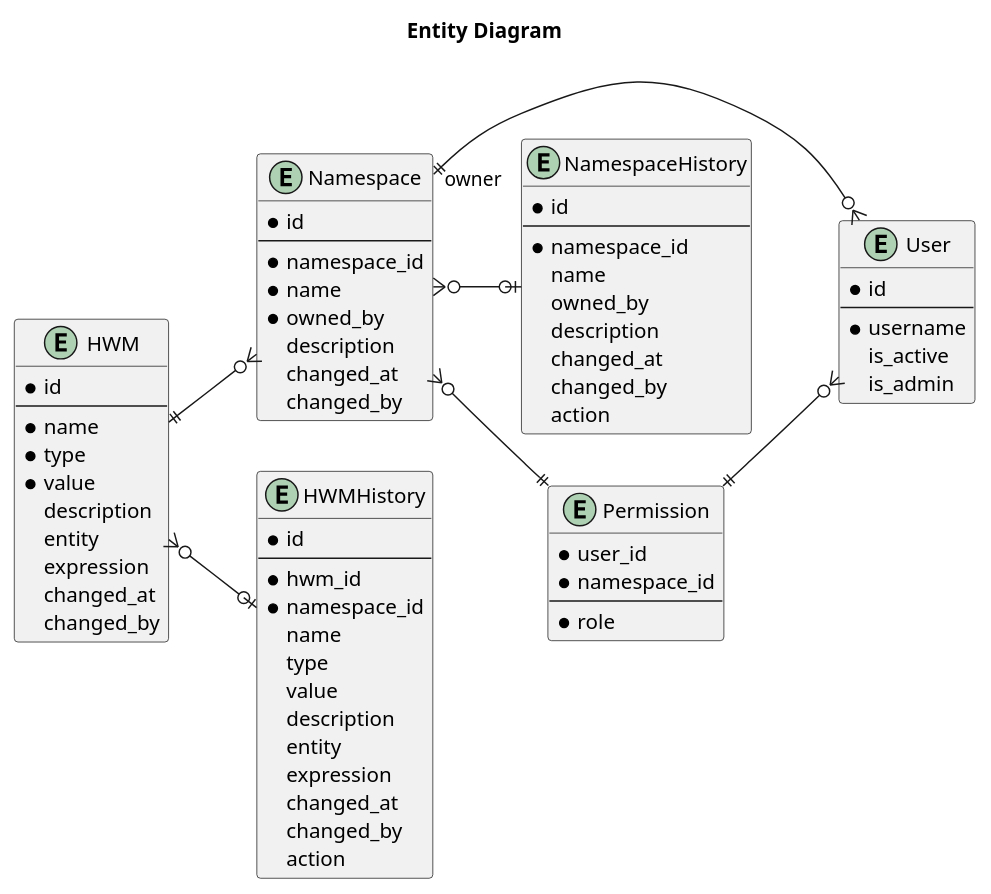
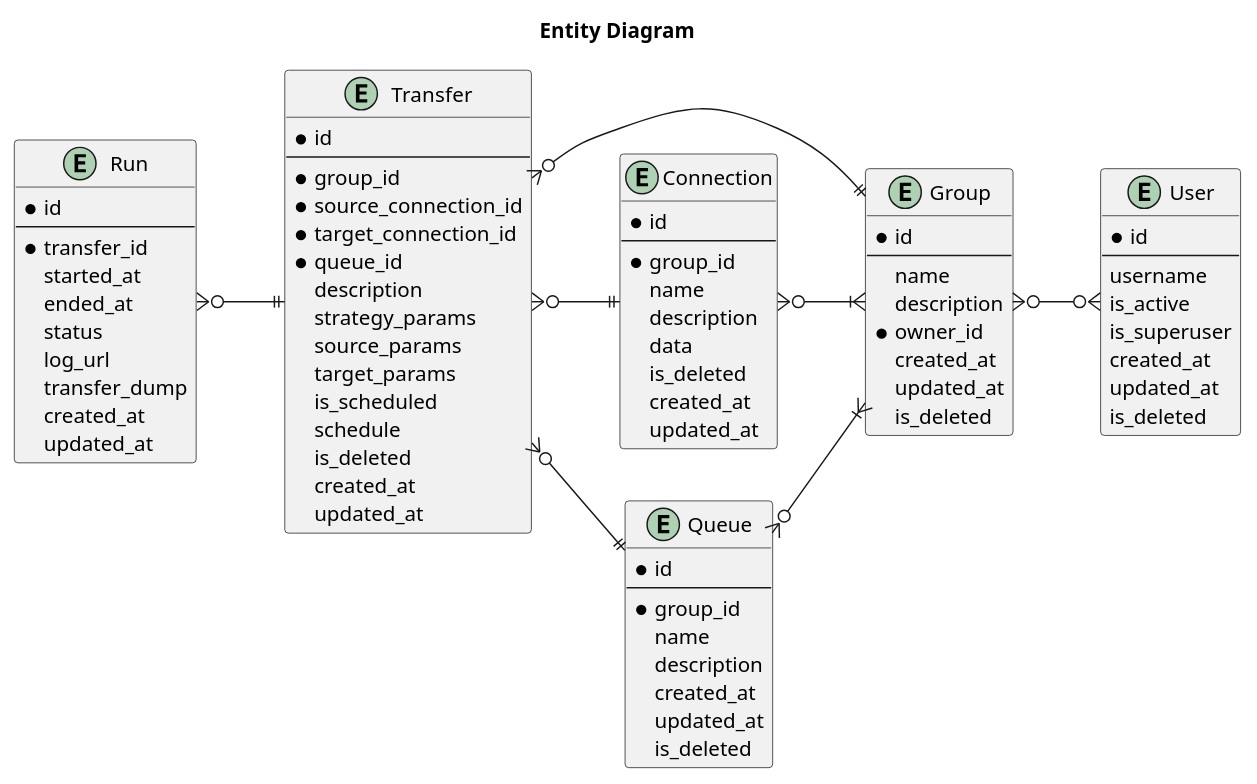
One commit to MobileTeleSystems/syncmaster changed the diagram in docs/design/entities.rst. Above: the diagram before and after it, drawn with PlantUML. The commit also changed other lines of this file and 10 other files, not shown here.

```diff
--- a/docs/design/entities.rst
+++ b/docs/design/entities.rst
@@ -174,75 +140,85 @@
     entity User {
         * id
         ----
-        * username
+        username
         is_active
-        is_admin
+        is_superuser
+        created_at
+        updated_at
+        is_deleted
     }
 
-    entity Namespace {
+    entity Group {
         * id
         ----
-        * namespace_id
-        * name
-        * owned_by
+        name
         description
-        changed_at
-        changed_by
+        * owner_id
+        created_at
+        updated_at
+        is_deleted
     }
 
-    entity HWM {
+    entity Connection {
         * id
         ----
-        * name
-        * type
-        * value
+        * group_id
+        name
         description
-        entity
-        expression
-        changed_at
-        changed_by
+        data
+        is_deleted
+        created_at
+        updated_at
     }
 
-    entity NamespaceHistory {
+    entity Queue {
         * id
         ----
-        * namespace_id
+        * group_id
         name
-        owned_by
         description
-        changed_at
-        changed_by
-        action
+        created_at
+        updated_at
+        is_deleted
     }
 
-    entity HWMHistory {
+    entity Transfer {
         * id
         ----
-        * hwm_id
-        * namespace_id
-        name
-        type
-        value
+        * group_id
+        * source_connection_id
+        * target_connection_id
+        * queue_id
         description
-        entity
-        expression
-        changed_at
-        changed_by
-        action
+        strategy_params
+        source_params
+        target_params
+        is_scheduled
+        schedule
+        is_deleted
+        created_at
+        updated_at
     }
 
-    entity Permission {
-        * user_id
-        * namespace_id
+    entity Run {
+        * id
         ----
-        * role
+        * transfer_id
+        started_at
+        ended_at
+        status
+        log_url
+        transfer_dump
+        created_at
+        updated_at
     }
 
-    HWM ||--o{ Namespace
-    Namespace }o--o| NamespaceHistory
-    HWM }o--o| HWMHistory
-    Namespace "owner" ||--o{ User
-    Namespace }o--|| Permission
-    Permission ||--o{ User
+    Run }o--|| Transfer
+    Transfer }o--||Queue
+    Transfer }o--|| Connection
+    Transfer }o--|| Group
+    Connection }o--|{ Group
+    Queue }o--|{ Group
+    Group }o--o{ User
 
     @enduml
```
